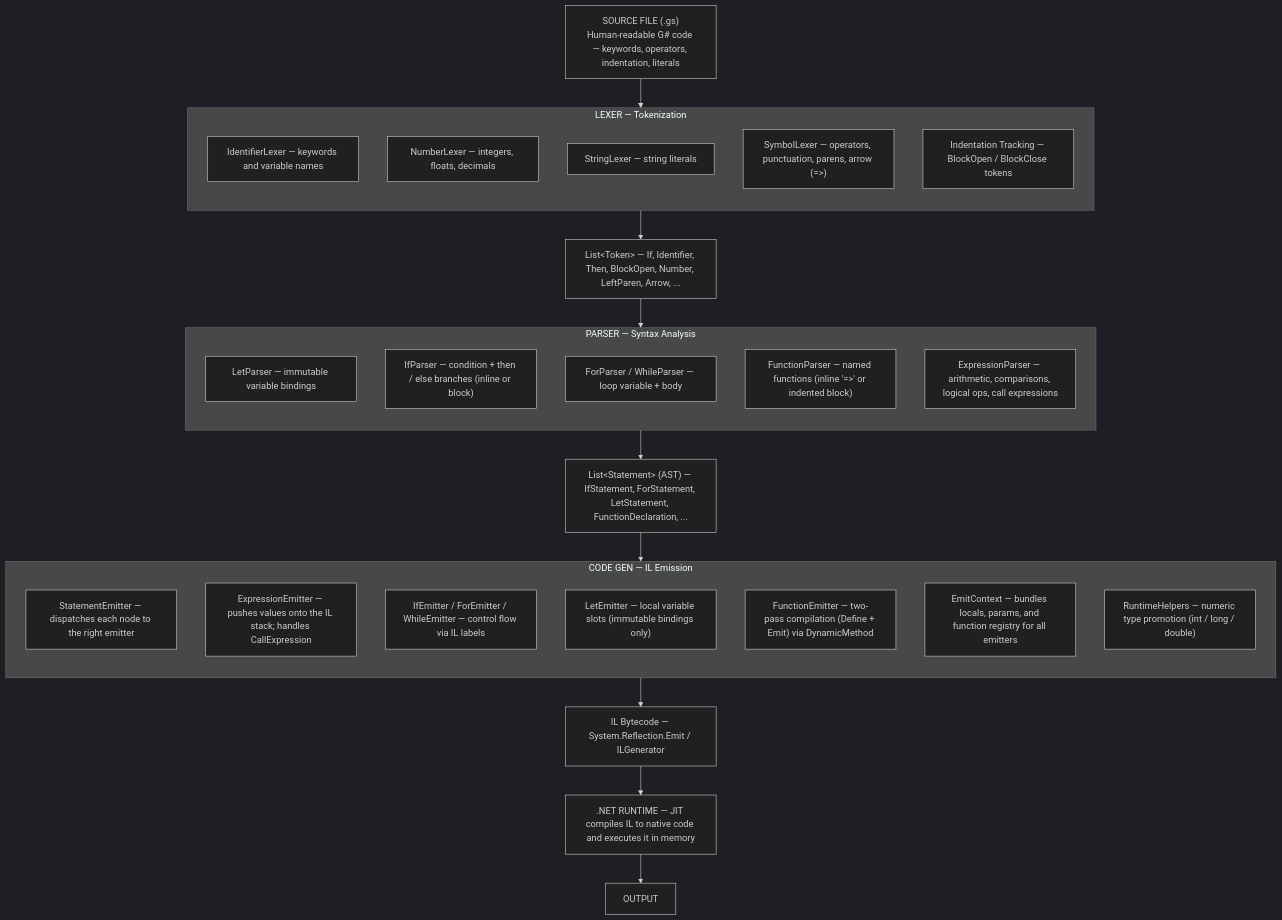
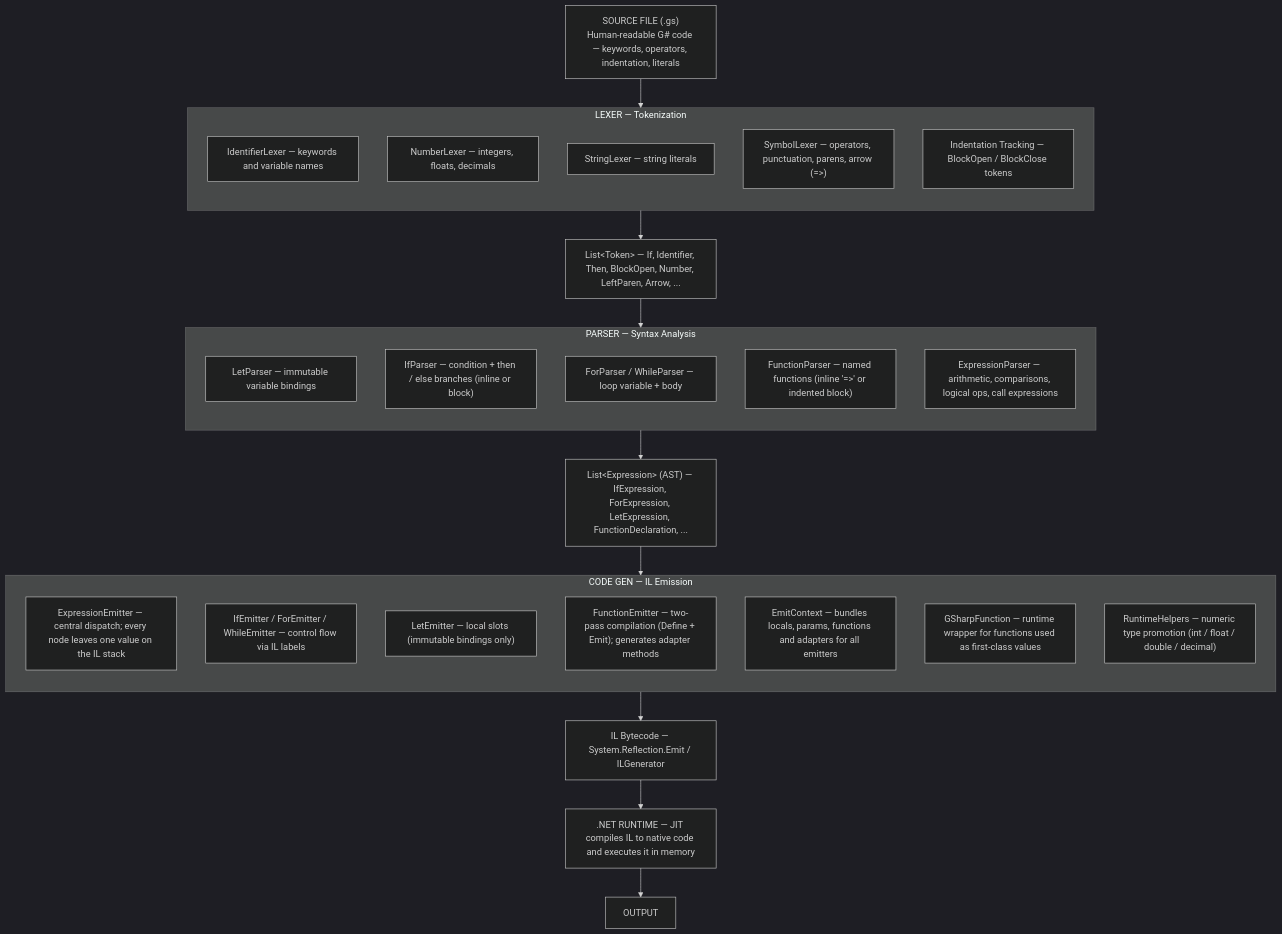
The diagram in README.md (GregoriBrunoFelicio/G-Sharp), drawn with Mermaid (dark theme) before and after one commit. The commit also changed other lines of this file and 9 other files, not shown here.

Commit message:
add higher-order functions and fix if-as-expression

````diff
--- a/README.md
+++ b/README.md
@@ -15,52 +15,52 @@
 ```mermaid
 flowchart TD
     SRC["SOURCE FILE (.gs)\nHuman-readable G# code — keywords, operators, indentation, literals"]
 
     subgraph LEXER["LEXER — Tokenization"]
         direction TB
         L1["IdentifierLexer — keywords and variable names"]
         L2["NumberLexer — integers, floats, decimals"]
         L3["StringLexer — string literals"]
         L4["SymbolLexer — operators, punctuation, parens, arrow (=>)"]
         L5["Indentation Tracking — BlockOpen / BlockClose tokens"]
     end
 
     T["List&lt;Token&gt; — If, Identifier, Then, BlockOpen, Number, LeftParen, Arrow, ..."]
 
     subgraph PARSER["PARSER — Syntax Analysis"]
         direction TB
         P1["LetParser — immutable variable bindings"]
         P2["IfParser — condition + then / else branches (inline or block)"]
         P3["ForParser / WhileParser — loop variable + body"]
         P4["FunctionParser — named functions (inline '=>' or indented block)"]
         P5["ExpressionParser — arithmetic, comparisons, logical ops, call expressions"]
     end
 
-    AST["List&lt;Statement&gt; (AST) — IfStatement, ForStatement, LetStatement, FunctionDeclaration, ..."]
+    AST["List&lt;Expression&gt; (AST) — IfExpression, ForExpression, LetExpression, FunctionDeclaration, ..."]
 
     subgraph CODEGEN["CODE GEN — IL Emission"]
         direction TB
-        C1["StatementEmitter — dispatches each node to the right emitter"]
-        C2["ExpressionEmitter — pushes values onto the IL stack; handles CallExpression"]
-        C3["IfEmitter / ForEmitter / WhileEmitter — control flow via IL labels"]
-        C4["LetEmitter — local variable slots (immutable bindings only)"]
-        C5["FunctionEmitter — two-pass compilation (Define + Emit) via DynamicMethod"]
-        C6["EmitContext — bundles locals, params, and function registry for all emitters"]
-        C7["RuntimeHelpers — numeric type promotion (int / long / double)"]
+        C1["ExpressionEmitter — central dispatch; every node leaves one value on the IL stack"]
+        C2["IfEmitter / ForEmitter / WhileEmitter — control flow via IL labels"]
+        C3["LetEmitter — local slots (immutable bindings only)"]
+        C4["FunctionEmitter — two-pass compilation (Define + Emit); generates adapter methods"]
+        C5["EmitContext — bundles locals, params, functions and adapters for all emitters"]
+        C6["GSharpFunction — runtime wrapper for functions used as first-class values"]
+        C7["RuntimeHelpers — numeric type promotion (int / float / double / decimal)"]
     end
 
     IL["IL Bytecode — System.Reflection.Emit / ILGenerator"]
 
     RT[".NET RUNTIME — JIT compiles IL to native code and executes it in memory"]
 
     OUT["OUTPUT"]
 
     SRC --> LEXER
     LEXER --> T
     T --> PARSER
     PARSER --> AST
     AST --> CODEGEN
     CODEGEN --> IL
     IL --> RT
     RT --> OUT
 ```
````
